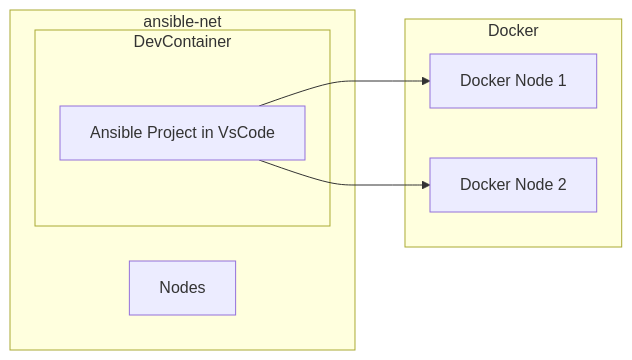
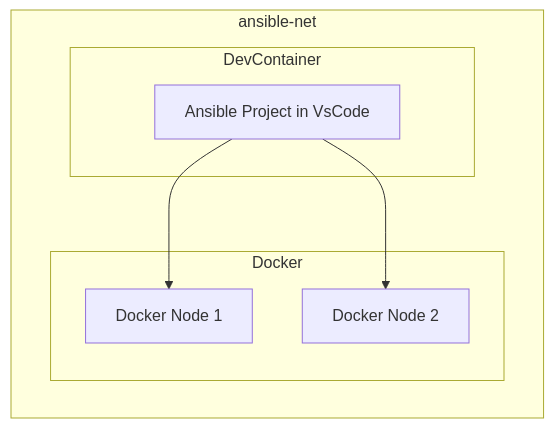
The diagram in README.md (franciscocrespos-lab/Ansible_playground_docker), drawn with Mermaid before and after one commit.

````diff
--- a/README.md
+++ b/README.md
@@ -18,19 +18,19 @@
 ```mermaid
 graph LR
     subgraph DevContainer
         VSCode[Ansible Project in VsCode]
     end
 
     subgraph Docker
         Node1[Docker Node 1]
         Node2[Docker Node 2]
     end
 
     subgraph Network["ansible-net"]
         DevContainer
-        Nodes
+        Docker
     end
 
     VSCode --> Node1
     VSCode --> Node2
 ```
````
